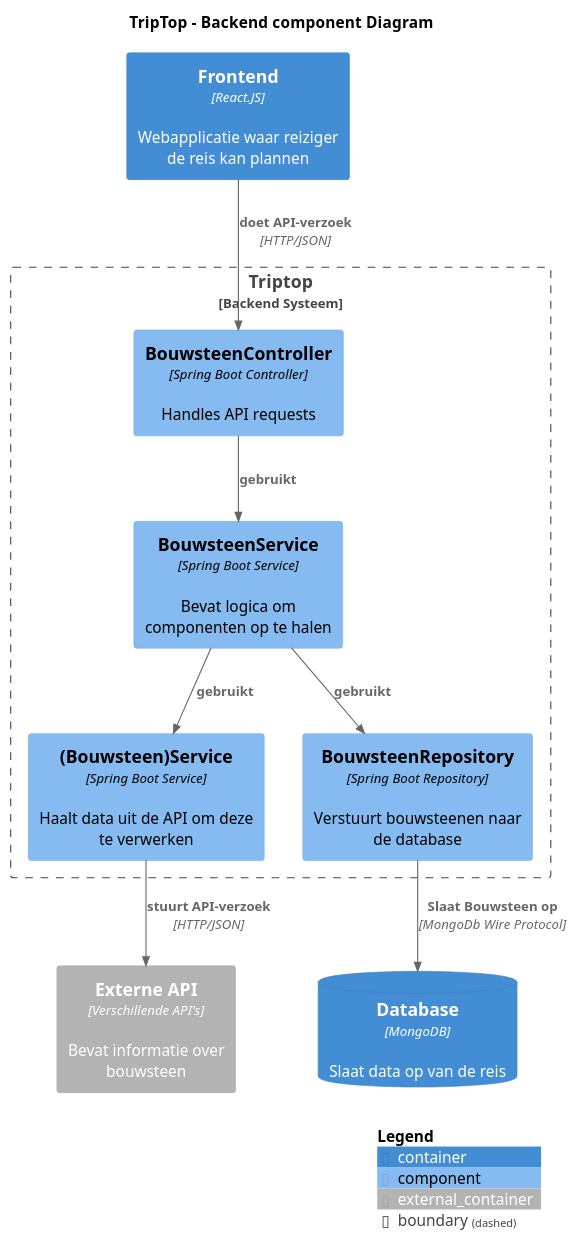
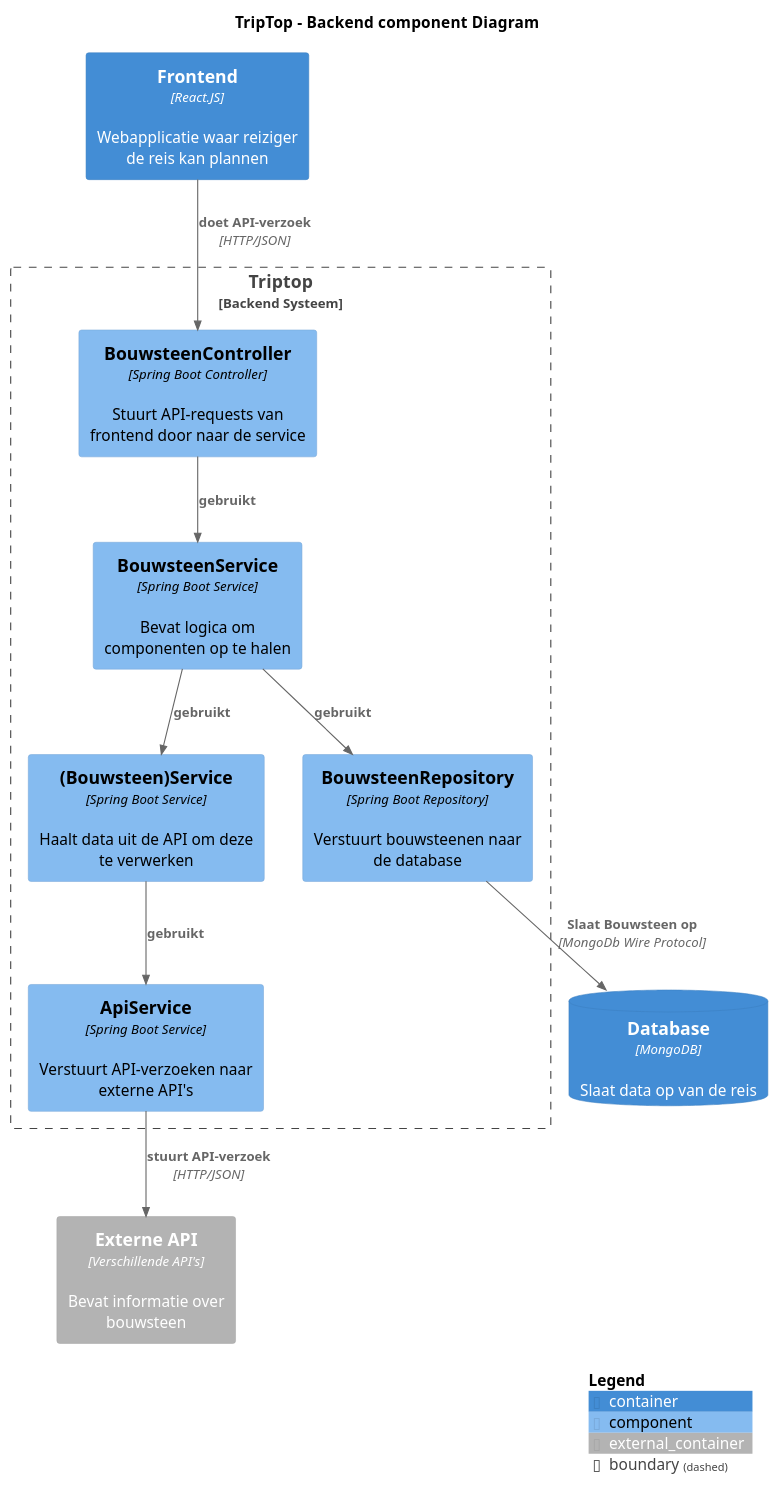
The diagram in individueel/diagram/component/Rianne-TripTopComponentDiagram.puml (AIM-ENE-feb25/triptop-groep-1-met-third-wheel), drawn with PlantUML before and after one commit. The commit also changed 4 other files, not shown here.

```diff
--- a/individueel/diagram/component/Rianne-TripTopComponentDiagram.puml
+++ b/individueel/diagram/component/Rianne-TripTopComponentDiagram.puml
@@ -1,24 +1,25 @@
 @startuml
 !include <C4/C4_Component>
 
 title TripTop -  Backend component Diagram
 Boundary(system, "Triptop", "Backend Systeem"){
-    Component(service, "BouwsteenService", "Spring Boot Service", "Bevat logica om componenten op te halen")
-    Component(apiService, "(Bouwsteen)Service", "Spring Boot Service", "Haalt data uit de API om deze te verwerken")
-    Component(controller, "BouwsteenController","Spring Boot Controller", "Handles API requests")
+    Component(Bouwsteenservice, "BouwsteenService", "Spring Boot Service", "Bevat logica om componenten op te halen")
+    Component(service, "(Bouwsteen)Service", "Spring Boot Service", "Haalt data uit de API om deze te verwerken")
+    Component(controller, "BouwsteenController","Spring Boot Controller", "Stuurt API-requests van frontend door naar de service")
     Component(repo, "BouwsteenRepository", Spring Boot Repository, "Verstuurt bouwsteenen naar de database")
-
+    Component(apiService, "ApiService", "Spring Boot Service", "Verstuurt API-verzoeken naar externe API's")
 }
 
 
 Container(frontend, "Frontend", "React.JS", "Webapplicatie waar reiziger de reis kan plannen")
 ContainerDb(db, "Database", "MongoDB" ,Slaat data op van de reis)
 Container_Ext(api, "Externe API", "Verschillende API's", "Bevat informatie over bouwsteen")
 Rel(repo, db, Slaat Bouwsteen op, MongoDb Wire Protocol)
 Rel(frontend, controller, doet API-verzoek, HTTP/JSON)
-Rel(controller, service, "gebruikt")
+Rel(controller, Bouwsteenservice, "gebruikt")
+Rel(Bouwsteenservice, service, "gebruikt")
 Rel(service, apiService, "gebruikt")
-Rel(service, repo, "gebruikt")
+Rel(Bouwsteenservice, repo, "gebruikt")
 Rel(apiService, api, stuurt API-verzoek, HTTP/JSON)
 SHOW_LEGEND()
 @enduml
```
